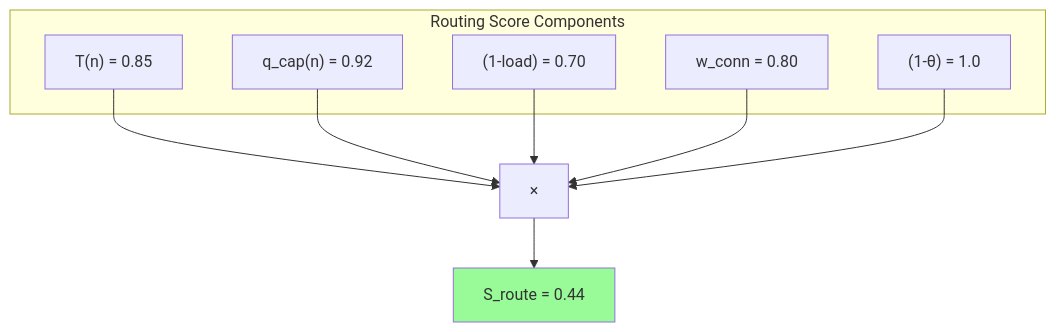
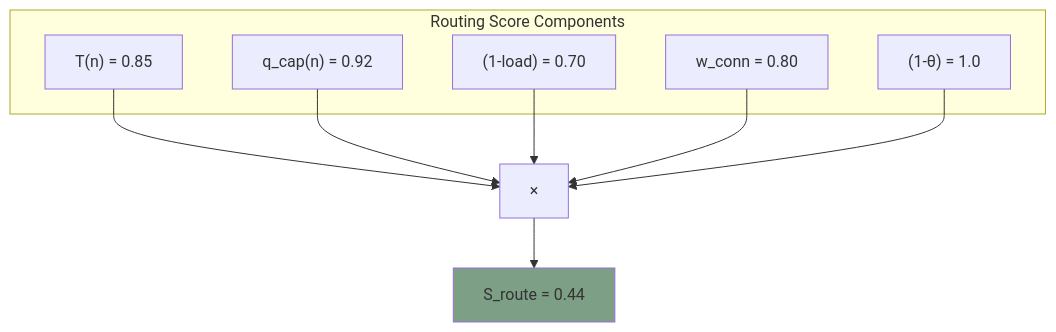
Before and after one commit to ScopeCreep-zip/Symbiont: the sixth of 6 diagrams in docs/protocol/trust-computation.md, drawn with Mermaid. The commit also changed other lines of this file and 17 other files, not shown here.

Commit message:
update to diagram colors

````diff
--- a/docs/protocol/trust-computation.md
+++ b/docs/protocol/trust-computation.md
@@ -412,20 +412,20 @@
 ```mermaid
 graph TB
     subgraph "Routing Score Components"
         TRUST["T(n) = 0.85"]
         QCAP["q_cap(n) = 0.92"]
         LOAD["(1-load) = 0.70"]
         WCONN["w_conn = 0.80"]
         THREAT["(1-θ) = 1.0"]
     end
 
     TRUST --> MULT[×]
     QCAP --> MULT
     LOAD --> MULT
     WCONN --> MULT
     THREAT --> MULT
 
     MULT --> SCORE["S_route = 0.44"]
 
-    style SCORE fill:#98FB98
+    style SCORE fill:#7d9f85
 ```
````
